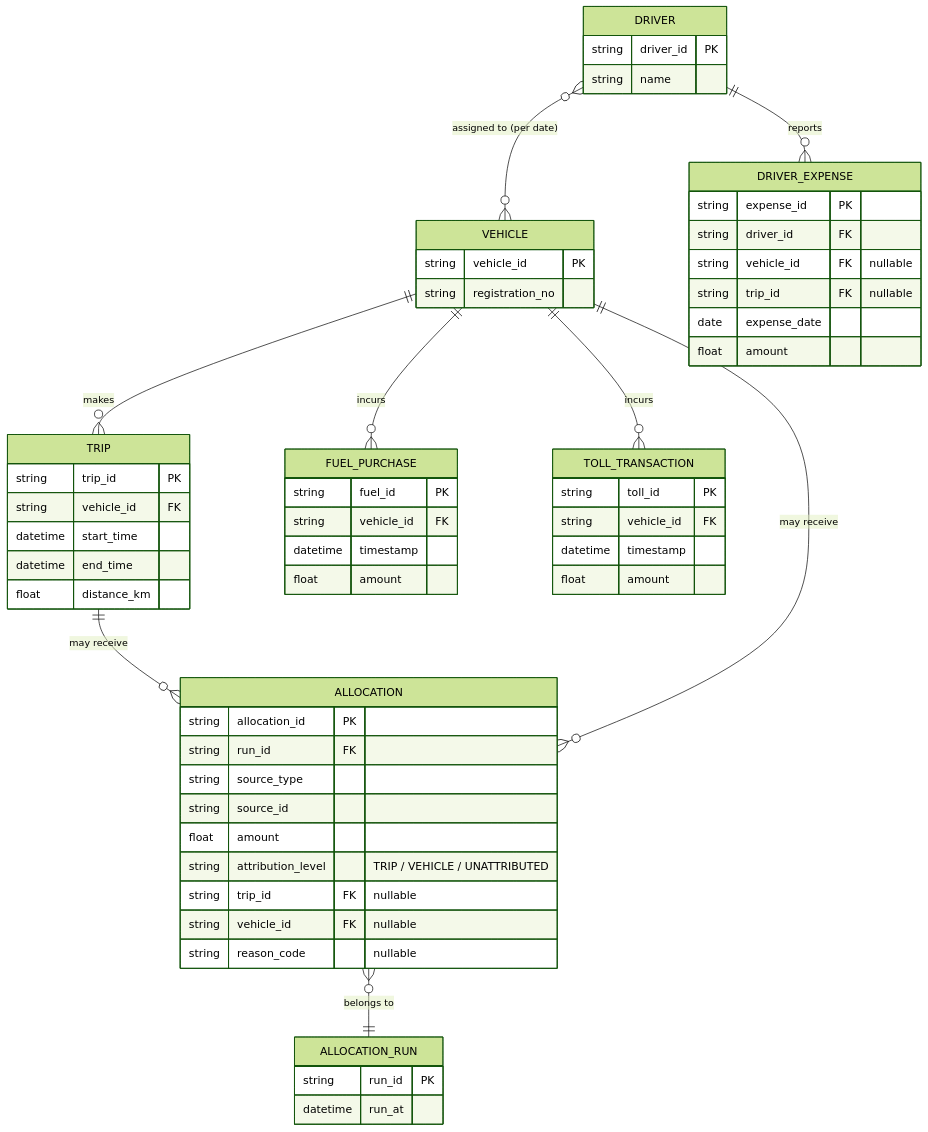
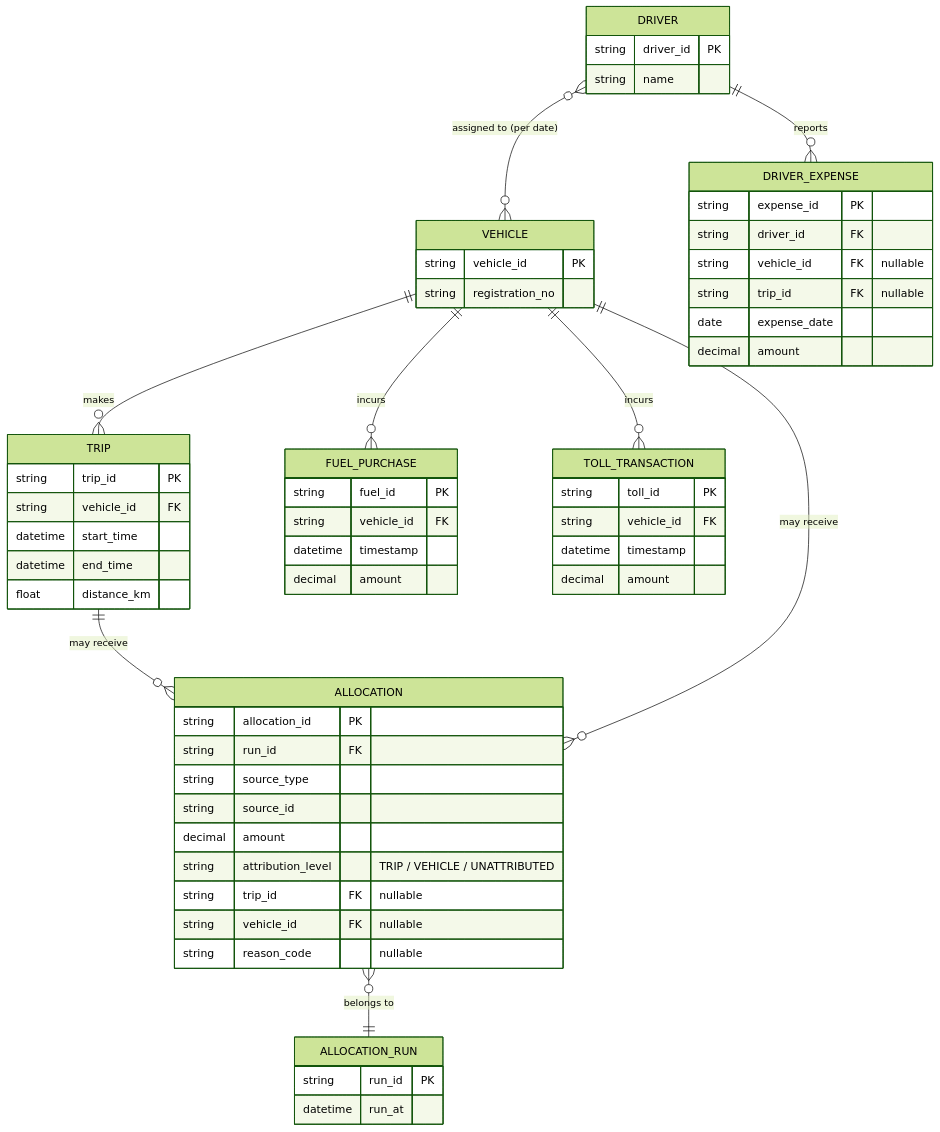
One commit to fenzamaria/vehicle-trip-cost-allocation changed the first of 2 diagrams in Architecture.md. Above: the diagram before and after it, drawn with Mermaid (forest theme). The commit also changed other lines of this file and 1 other file, not shown here.

````diff
--- a/Architecture.md
+++ b/Architecture.md
@@ -51,62 +51,62 @@
 ```mermaid
 erDiagram
     VEHICLE ||--o{ TRIP : "makes"
     VEHICLE ||--o{ FUEL_PURCHASE : "incurs"
     VEHICLE ||--o{ TOLL_TRANSACTION : "incurs"
     DRIVER ||--o{ DRIVER_EXPENSE : "reports"
     DRIVER }o--o{ VEHICLE : "assigned to (per date)"
     TRIP ||--o{ ALLOCATION : "may receive"
     VEHICLE ||--o{ ALLOCATION : "may receive"
     ALLOCATION }o--|| ALLOCATION_RUN : "belongs to"
 
     VEHICLE {
         string vehicle_id PK
         string registration_no
     }
     TRIP {
         string trip_id PK
         string vehicle_id FK
         datetime start_time
         datetime end_time
         float distance_km
     }
     FUEL_PURCHASE {
         string fuel_id PK
         string vehicle_id FK
         datetime timestamp
-        float amount
+        decimal amount
     }
     TOLL_TRANSACTION {
         string toll_id PK
         string vehicle_id FK
         datetime timestamp
-        float amount
+        decimal amount
     }
     DRIVER {
         string driver_id PK
         string name
     }
     DRIVER_EXPENSE {
         string expense_id PK
         string driver_id FK
         string vehicle_id FK "nullable"
         string trip_id FK "nullable"
         date expense_date
-        float amount
+        decimal amount
     }
     ALLOCATION {
         string allocation_id PK
         string run_id FK
         string source_type
         string source_id
-        float amount
+        decimal amount
         string attribution_level "TRIP / VEHICLE / UNATTRIBUTED"
         string trip_id FK "nullable"
         string vehicle_id FK "nullable"
         string reason_code "nullable"
     }
     ALLOCATION_RUN {
         string run_id PK
         datetime run_at
     }
 ```
````
